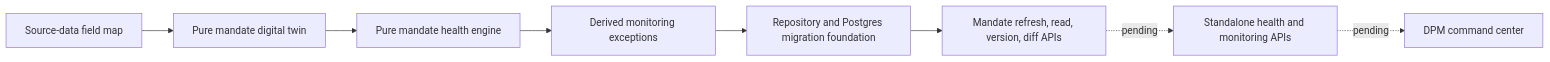
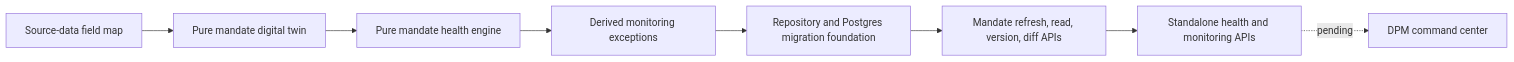
One commit to sgajbi/lotus-manage changed the second of 2 diagrams in wiki/Roadmap.md. Above: the diagram before and after it, drawn with Mermaid. The commit also changed other lines of this file and 22 other files, not shown here.

````diff
--- a/wiki/Roadmap.md
+++ b/wiki/Roadmap.md
@@ -85,10 +85,10 @@
 ```mermaid
 flowchart LR
     FieldMap[Source-data field map] --> Twin[Pure mandate digital twin]
     Twin --> Health[Pure mandate health engine]
     Health --> Exceptions[Derived monitoring exceptions]
     Exceptions --> Persistence[Repository and Postgres migration foundation]
     Persistence --> APIs[Mandate refresh, read, version, diff APIs]
-    APIs -. pending .-> HealthApis[Standalone health and monitoring APIs]
+    APIs --> HealthApis[Standalone health and monitoring APIs]
     HealthApis -. pending .-> Command[DPM command center]
 ```
````
